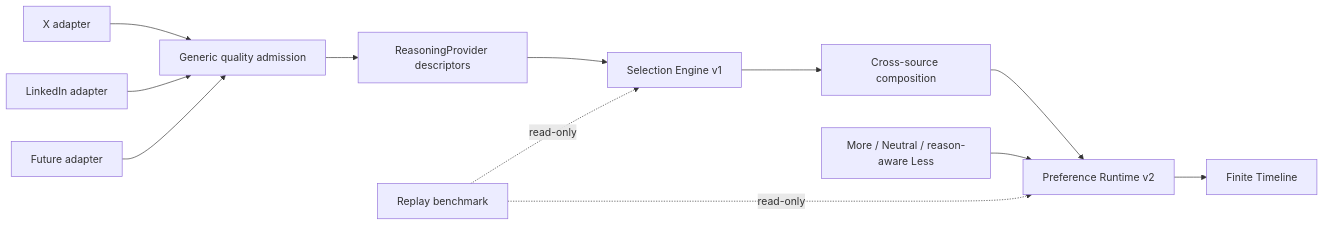
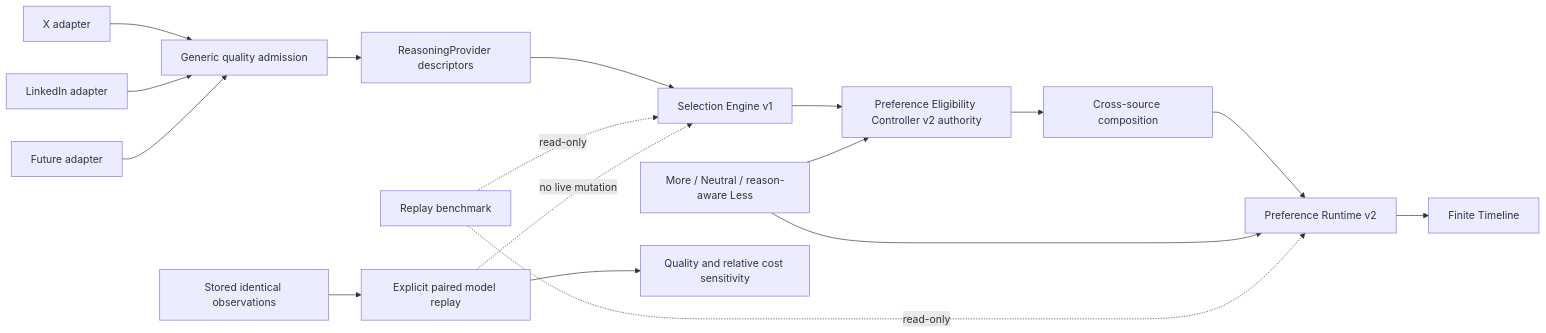
Before and after one commit to abangkis/AkuBrowser: the fourth of 5 diagrams in docs/aku-browser-architecture.md, drawn with Mermaid. The commit also changed other lines of this file and 23 other files, not shown here.

Commit message:
docs: define live preference eligibility contracts

````diff
--- a/docs/aku-browser-architecture.md
+++ b/docs/aku-browser-architecture.md
@@ -291,14 +293,19 @@
 ```mermaid
 flowchart LR
   X["X adapter"] --> Q["Generic quality admission"]
   L["LinkedIn adapter"] --> Q
   N["Future adapter"] --> Q
   Q --> R["ReasoningProvider descriptors"]
   R --> S["Selection Engine v1"]
-  S --> C["Cross-source composition"]
+  S --> E2["Preference Eligibility Controller v2 authority"]
+  E2 --> C["Cross-source composition"]
   C --> P["Preference Runtime v2"]
   P --> T["Finite Timeline"]
   F["More / Neutral / reason-aware Less"] --> P
+  F --> E2
   B["Replay benchmark"] -. read-only .-> S
   B -. read-only .-> P
+  E["Stored identical observations"] --> M["Explicit paired model replay"]
+  M --> V["Quality and relative cost sensitivity"]
+  M -. no live mutation .-> S
 ```
````
